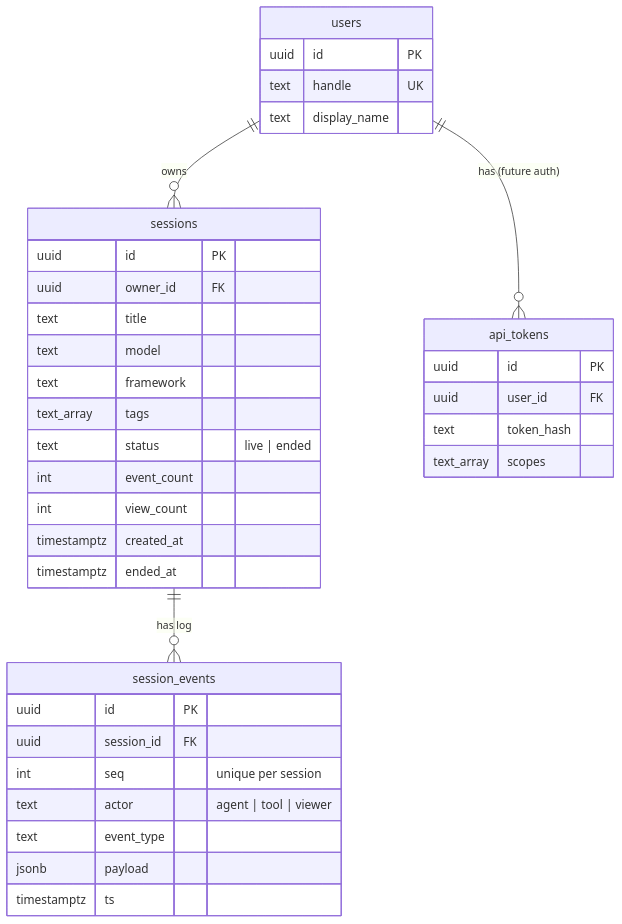
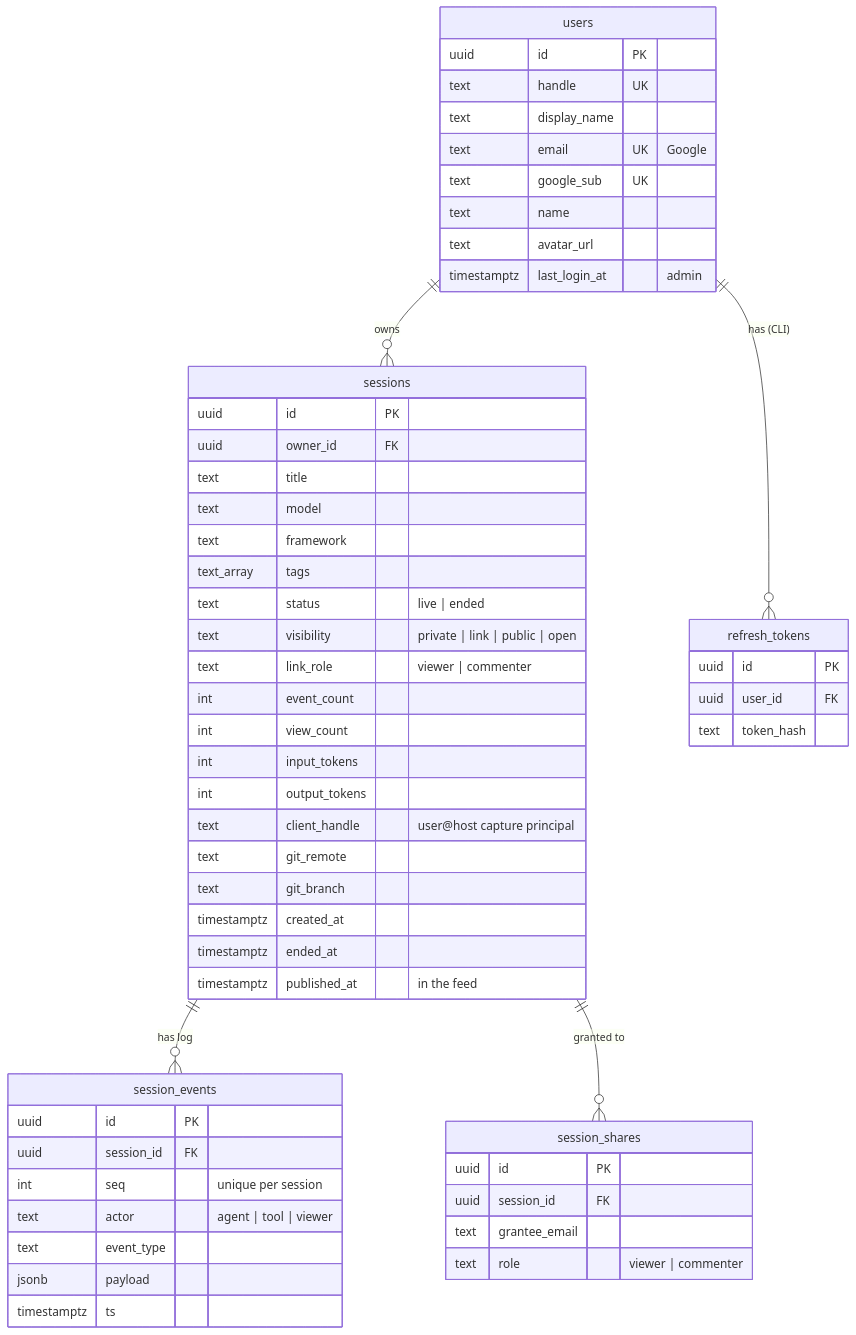
The fourth of 4 diagrams in README.md (liveshortly/liveshortly-server), drawn with Mermaid before and after one commit. The commit also changed other lines of this file, not shown here.

First line of the commit message:
docs: refresh README for auth, sharing, social & admin

````diff
--- a/README.md
+++ b/README.md
@@ -281,40 +313,59 @@
 ```mermaid
 erDiagram
   users ||--o{ sessions : owns
-  users ||--o{ api_tokens : "has (future auth)"
+  users ||--o{ refresh_tokens : "has (CLI)"
   sessions ||--o{ session_events : "has log"
+  sessions ||--o{ session_shares : "granted to"
 
   users {
     uuid id PK
     text handle UK
     text display_name
+    text email UK "Google"
+    text google_sub UK
+    text name
+    text avatar_url
+    timestamptz last_login_at "admin"
   }
   sessions {
     uuid id PK
     uuid owner_id FK
     text title
     text model
     text framework
     text_array tags
     text status "live | ended"
+    text visibility "private | link | public | open"
+    text link_role "viewer | commenter"
     int event_count
     int view_count
+    int input_tokens
+    int output_tokens
+    text client_handle "user@host capture principal"
+    text git_remote
+    text git_branch
     timestamptz created_at
     timestamptz ended_at
+    timestamptz published_at "in the feed"
   }
   session_events {
     uuid id PK
     uuid session_id FK
     int seq "unique per session"
     text actor "agent | tool | viewer"
     text event_type
     jsonb payload
     timestamptz ts
   }
-  api_tokens {
+  session_shares {
+    uuid id PK
+    uuid session_id FK
+    text grantee_email
+    text role "viewer | commenter"
+  }
+  refresh_tokens {
     uuid id PK
     uuid user_id FK
     text token_hash
-    text_array scopes
   }
 ```
````
